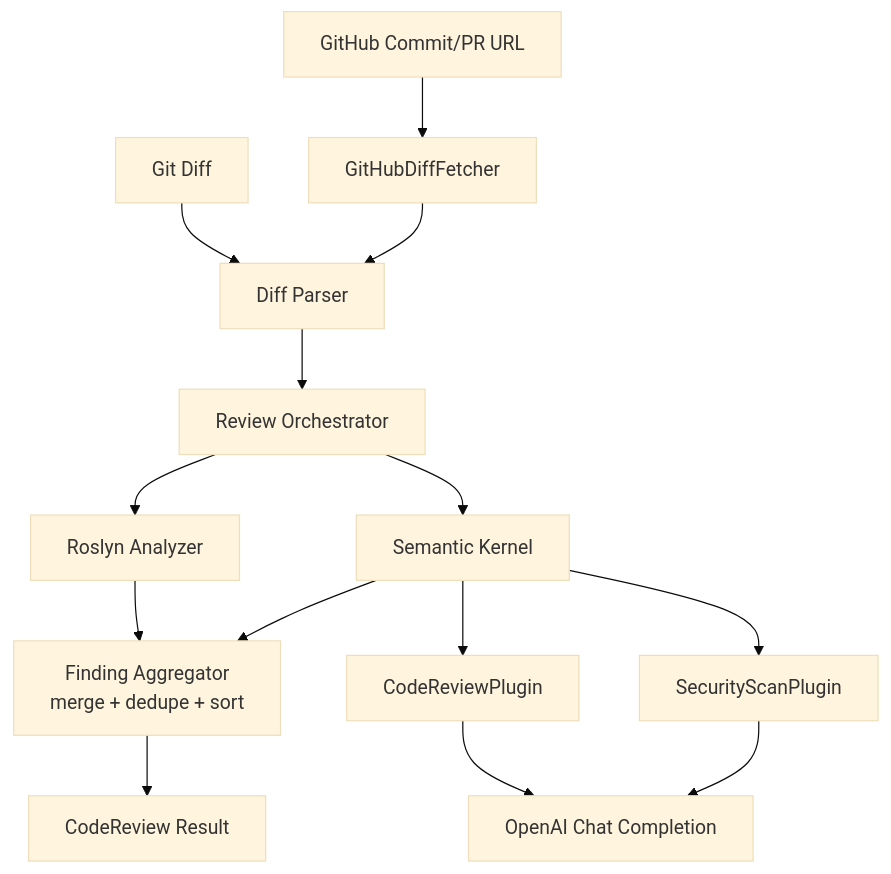
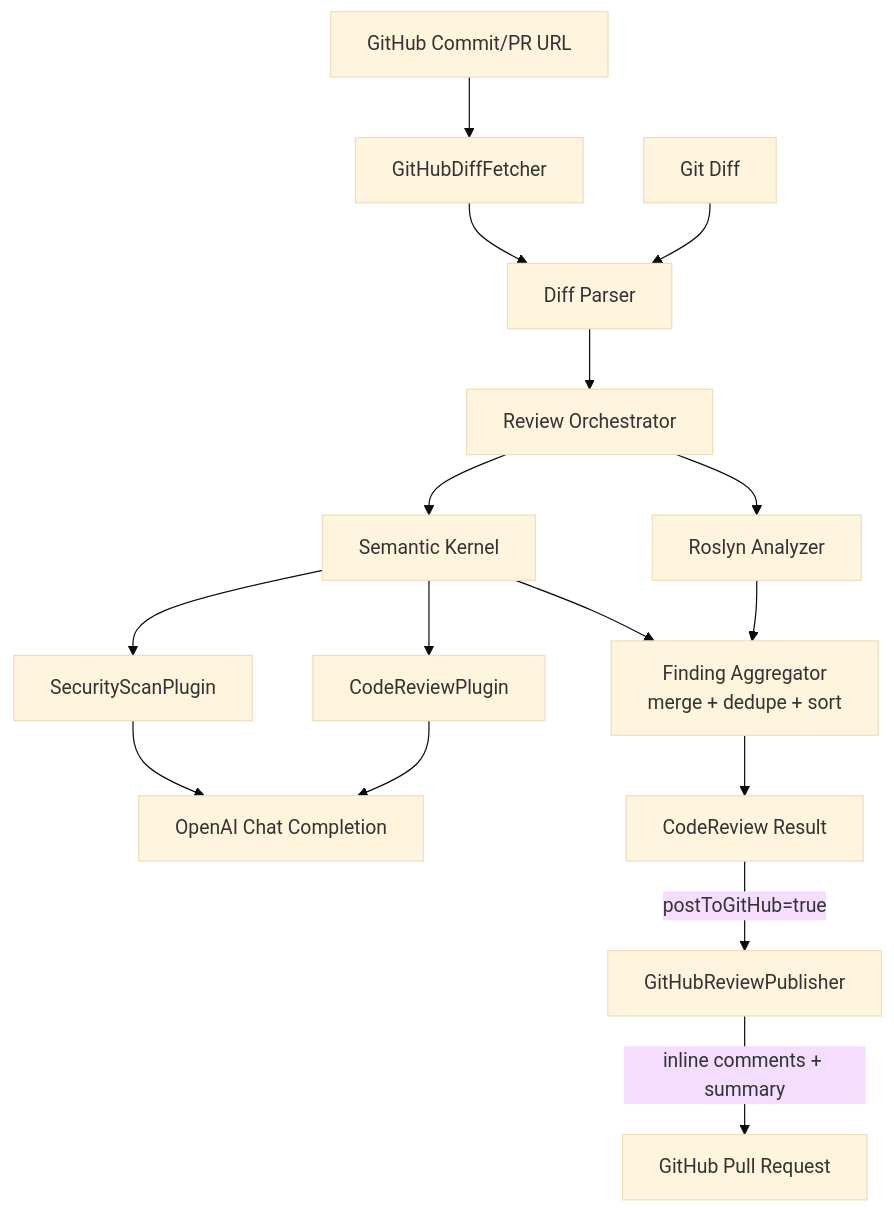
The diagram in README.md (SrikanthYelam/SemanticReview), drawn with Mermaid (base theme) before and after one commit. The commit also changed other lines of this file and 12 other files, not shown here.

Commit message:
Implement GitHub review publishing feature with inline comments and CI integration

````diff
--- a/README.md
+++ b/README.md
@@ -33,16 +33,18 @@
 ```mermaid
 flowchart TD
     A[Git Diff] --> B[Diff Parser]
     U[GitHub Commit/PR URL] --> H[GitHubDiffFetcher]
     H --> B
     B --> C[Review Orchestrator]
     C --> D[Roslyn Analyzer]
     C --> E[Semantic Kernel]
     E --> P[CodeReviewPlugin]
     E --> S[SecurityScanPlugin]
     P --> M[OpenAI Chat Completion]
     S --> M
     D --> F[Finding Aggregator<br/>merge + dedupe + sort]
     E --> F
     F --> G[CodeReview Result]
+    G -->|postToGitHub=true| R[GitHubReviewPublisher]
+    R -->|inline comments + summary| PR[GitHub Pull Request]
 ```
````
